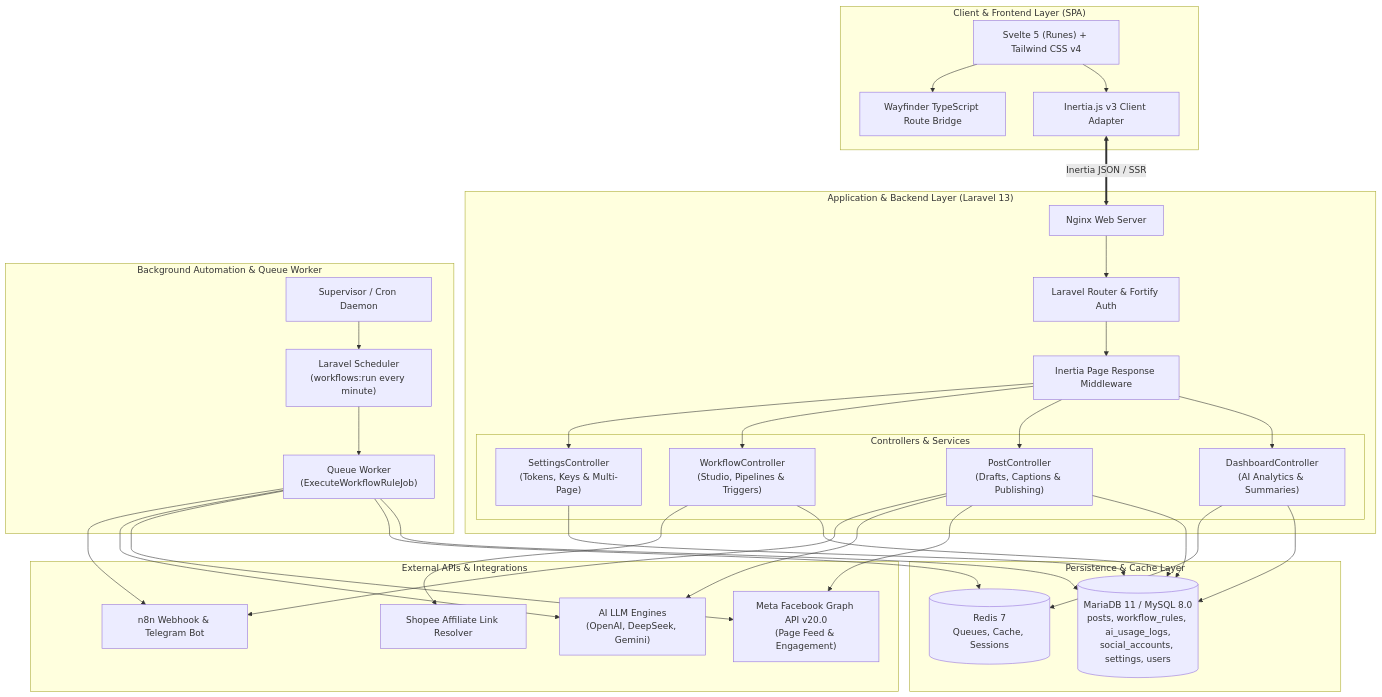
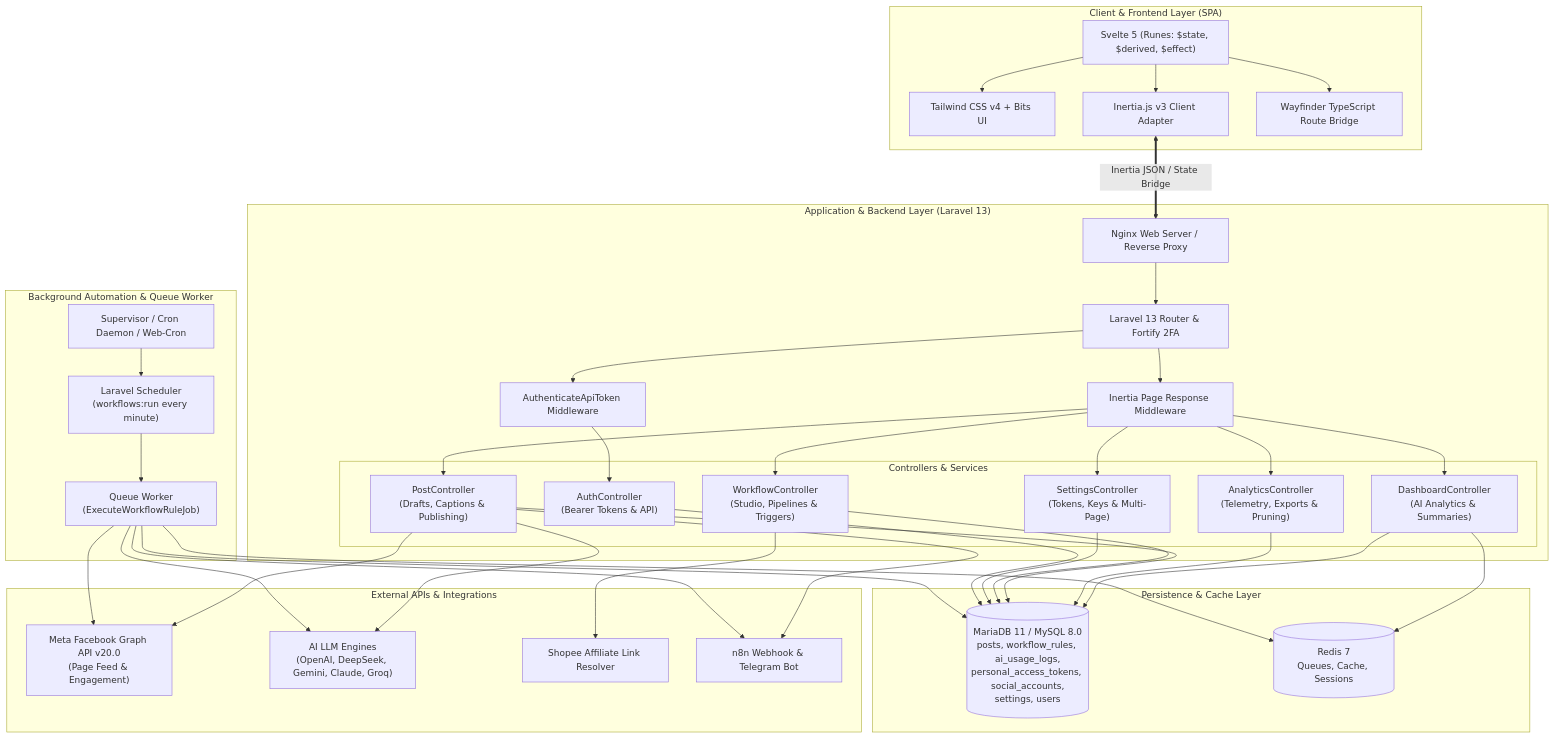
One commit to warr-dev/autoffiliate changed the first of 4 diagrams in docs/ARCHITECTURE.md. Above: the diagram before and after it, drawn with Mermaid. The commit also changed other lines of this file and 12 other files, not shown here.

Commit message:
feat(analytics): add AI usage & cost analytics engine with interactive dashboard and telemetry

````diff
--- a/docs/ARCHITECTURE.md
+++ b/docs/ARCHITECTURE.md
@@ -9,69 +9,79 @@
 ```mermaid
 graph TD
     subgraph Client_Layer ["Client & Frontend Layer (SPA)"]
-        UI["Svelte 5 (Runes) + Tailwind CSS v4"]
+        UI["Svelte 5 (Runes: $state, $derived, $effect)"]
+        Tailwind["Tailwind CSS v4 + Bits UI"]
         InertiaClient["Inertia.js v3 Client Adapter"]
         Wayfinder["Wayfinder TypeScript Route Bridge"]
         UI --> InertiaClient
         UI --> Wayfinder
+        UI --> Tailwind
     end
 
     subgraph App_Layer ["Application & Backend Layer (Laravel 13)"]
-        Nginx["Nginx Web Server"]
-        Router["Laravel Router & Fortify Auth"]
+        Nginx["Nginx Web Server / Reverse Proxy"]
+        Router["Laravel 13 Router & Fortify 2FA"]
         InertiaMiddleware["Inertia Page Response Middleware"]
+        ApiAuthMiddleware["AuthenticateApiToken Middleware"]
 
         subgraph Controllers ["Controllers & Services"]
             DC["DashboardController<br/>(AI Analytics & Summaries)"]
+            AC["AnalyticsController<br/>(Telemetry, Exports & Pruning)"]
             PC["PostController<br/>(Drafts, Captions & Publishing)"]
             WC["WorkflowController<br/>(Studio, Pipelines & Triggers)"]
             SC["SettingsController<br/>(Tokens, Keys & Multi-Page)"]
+            API_Auth["AuthController<br/>(Bearer Tokens & API)"]
         end
 
         Nginx --> Router
         Router --> InertiaMiddleware
+        Router --> ApiAuthMiddleware
         InertiaMiddleware --> DC
+        InertiaMiddleware --> AC
         InertiaMiddleware --> PC
         InertiaMiddleware --> WC
         InertiaMiddleware --> SC
+        ApiAuthMiddleware --> API_Auth
     end
 
     subgraph Background_Layer ["Background Automation & Queue Worker"]
         Scheduler["Laravel Scheduler<br/>(workflows:run every minute)"]
         JobQueue["Queue Worker<br/>(ExecuteWorkflowRuleJob)"]
-        Supervisor["Supervisor / Cron Daemon"]
+        Supervisor["Supervisor / Cron Daemon / Web-Cron"]
         Supervisor --> Scheduler
         Scheduler --> JobQueue
     end
 
     subgraph Data_Layer ["Persistence & Cache Layer"]
-        MySQL[("MariaDB 11 / MySQL 8.0<br/>posts, workflow_rules, ai_usage_logs,<br/>social_accounts, settings, users")]
+        MySQL[("MariaDB 11 / MySQL 8.0<br/>posts, workflow_rules, ai_usage_logs,<br/>personal_access_tokens, social_accounts,<br/>settings, users")]
         Redis[("Redis 7<br/>Queues, Cache, Sessions")]
     end
 
     subgraph External_Layer ["External APIs & Integrations"]
         FB["Meta Facebook Graph API v20.0<br/>(Page Feed & Engagement)"]
-        AI["AI LLM Engines<br/>(OpenAI, DeepSeek, Gemini)"]
+        AI["AI LLM Engines<br/>(OpenAI, DeepSeek, Gemini, Claude, Groq)"]
         Shopee["Shopee Affiliate Link Resolver"]
         Webhook["n8n Webhook & Telegram Bot"]
     end
 
-    InertiaClient <==>|Inertia JSON / SSR| Nginx
+    InertiaClient <==>|Inertia JSON / State Bridge| Nginx
     DC --> MySQL
+    AC --> MySQL
     PC --> MySQL
     WC --> MySQL
     SC --> MySQL
+    API_Auth --> MySQL
 
     DC --> Redis
     JobQueue --> MySQL
     JobQueue --> Redis
 
     PC --> FB
     PC --> AI
     PC --> Webhook
 
     JobQueue --> FB
     JobQueue --> AI
     JobQueue --> Webhook
     WC --> Shopee
 ```
````
